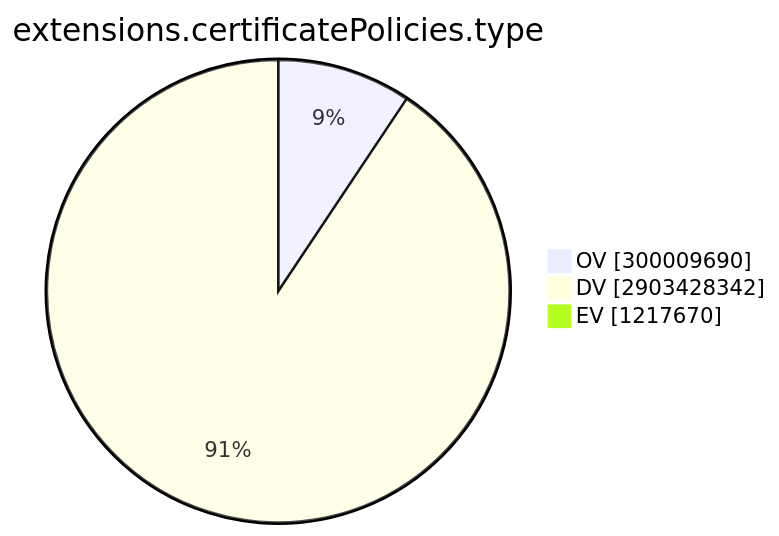
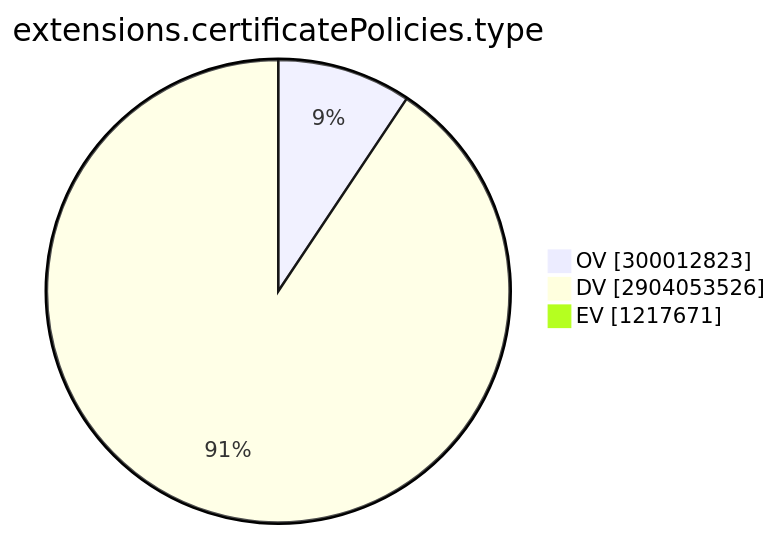
Before and after one commit to christiankrug/ctmonitor_visualization: the ninth of 15 diagrams in TOTAL/README.md, drawn with Mermaid. The commit also changed other lines of this file, not shown here.

````diff
--- a/TOTAL/README.md
+++ b/TOTAL/README.md
@@ -3101,7 +3101,7 @@
 ```mermaid
 pie showData
 title extensions.certificatePolicies.type
-"OV" :300009690
-"DV" :2903428342
-"EV" :1217670
+"OV" :300012823
+"DV" :2904053526
+"EV" :1217671
 ```
````
